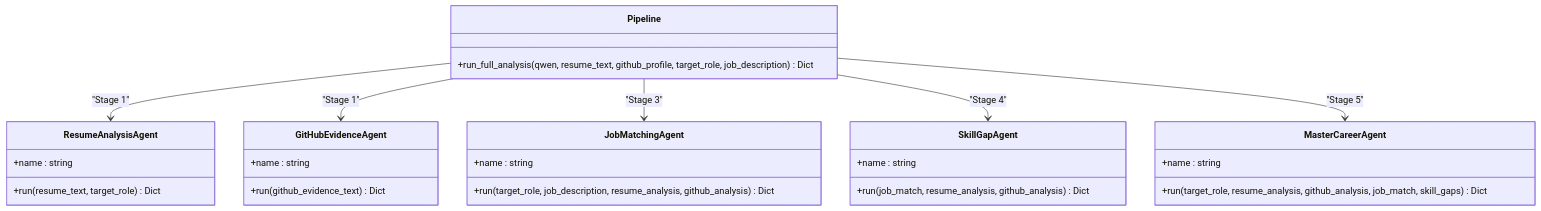
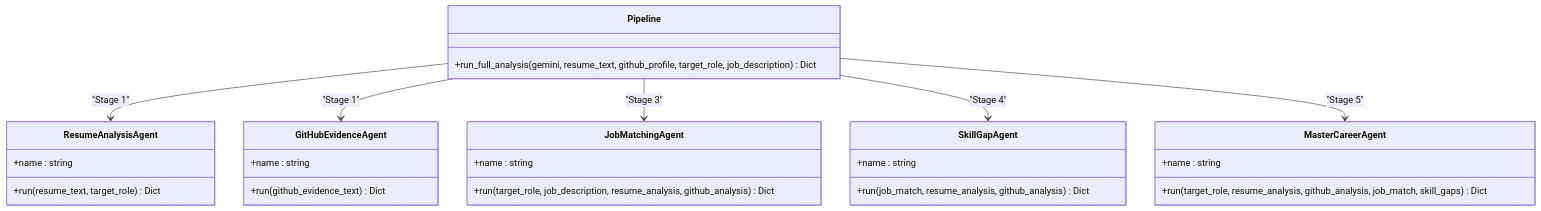
One commit to waqarimran342/CareerOS-AI changed the third of 7 diagrams in .qoder/repowiki/en/content/Project Overview.md. Above: the diagram before and after it, drawn with Mermaid. The commit also changed other lines of this file and 32 other files, not shown here.

````diff
--- a/.qoder/repowiki/en/content/Project Overview.md
+++ b/.qoder/repowiki/en/content/Project Overview.md
@@ -133,31 +174,31 @@
 ```mermaid
 classDiagram
 class ResumeAnalysisAgent {
 +name : string
 +run(resume_text, target_role) Dict
 }
 class GitHubEvidenceAgent {
 +name : string
 +run(github_evidence_text) Dict
 }
 class JobMatchingAgent {
 +name : string
 +run(target_role, job_description, resume_analysis, github_analysis) Dict
 }
 class SkillGapAgent {
 +name : string
 +run(job_match, resume_analysis, github_analysis) Dict
 }
 class MasterCareerAgent {
 +name : string
 +run(target_role, resume_analysis, github_analysis, job_match, skill_gaps) Dict
 }
 class Pipeline {
-+run_full_analysis(qwen, resume_text, github_profile, target_role, job_description) Dict
++run_full_analysis(gemini, resume_text, github_profile, target_role, job_description) Dict
 }
 Pipeline --> ResumeAnalysisAgent : "Stage 1"
 Pipeline --> GitHubEvidenceAgent : "Stage 1"
 Pipeline --> JobMatchingAgent : "Stage 3"
 Pipeline --> SkillGapAgent : "Stage 4"
 Pipeline --> MasterCareerAgent : "Stage 5"
 ```
````
